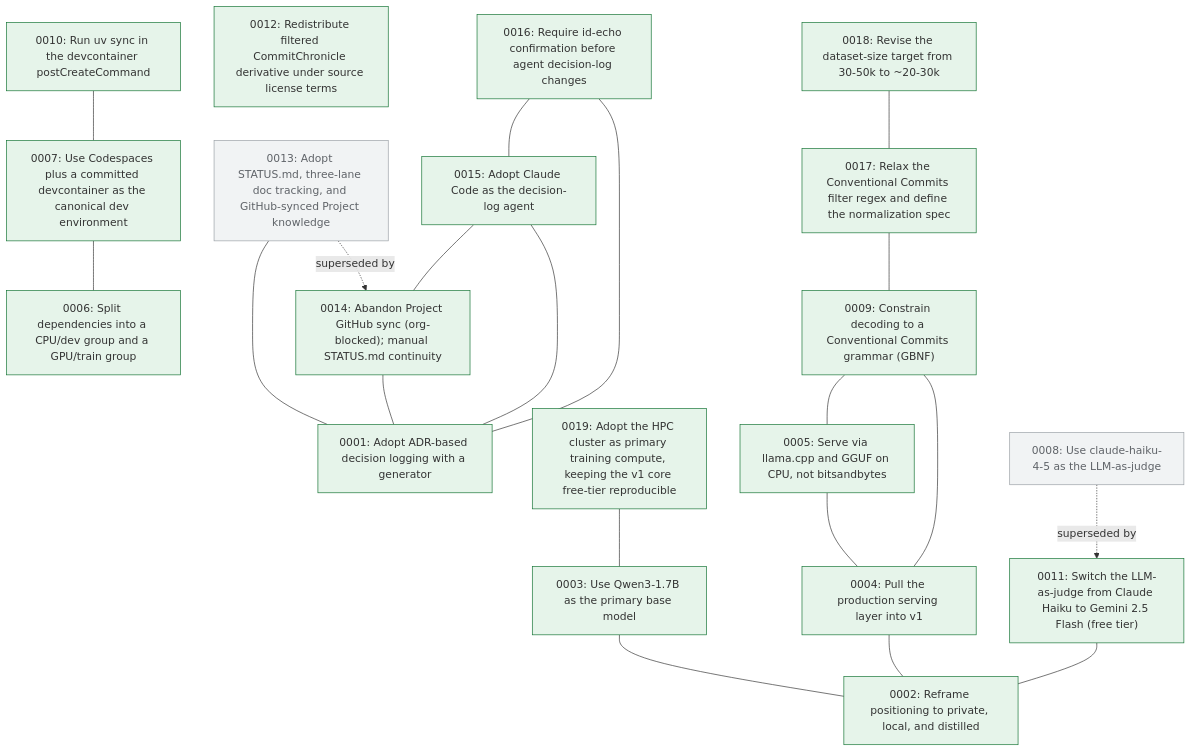
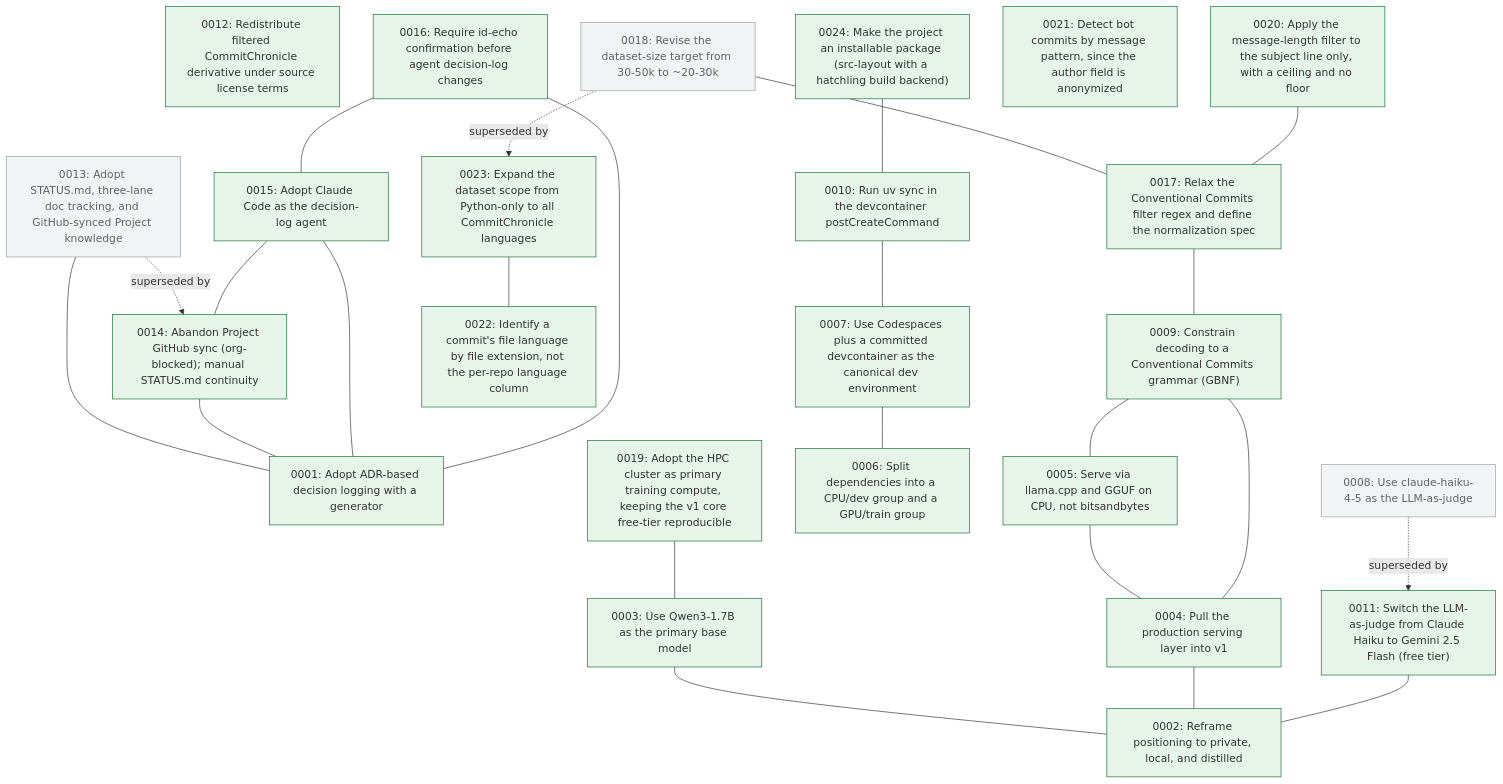
One commit to marzoukbaig14/Committed changed the diagram in docs/decision-tree.md. Above: the diagram before and after it, drawn with Mermaid. The commit also changed 11 other files, not shown here.

Commit message:
docs: log ADRs 0020-0024; supersede 0018 size target

````diff
--- a/docs/decision-tree.md
+++ b/docs/decision-tree.md
@@ -5,45 +5,54 @@
 ```mermaid
 graph TD
   n0001["0001: Adopt ADR-based decision logging with a generator"]:::accepted
   n0002["0002: Reframe positioning to private, local, and distilled"]:::accepted
   n0003["0003: Use Qwen3-1.7B as the primary base model"]:::accepted
   n0004["0004: Pull the production serving layer into v1"]:::accepted
   n0005["0005: Serve via llama.cpp and GGUF on CPU, not bitsandbytes"]:::accepted
   n0006["0006: Split dependencies into a CPU/dev group and a GPU/train group"]:::accepted
   n0007["0007: Use Codespaces plus a committed devcontainer as the canonical dev environment"]:::accepted
   n0008["0008: Use claude-haiku-4-5 as the LLM-as-judge"]:::superseded
   n0009["0009: Constrain decoding to a Conventional Commits grammar (GBNF)"]:::accepted
   n0010["0010: Run uv sync in the devcontainer postCreateCommand"]:::accepted
   n0011["0011: Switch the LLM-as-judge from Claude Haiku to Gemini 2.5 Flash (free tier)"]:::accepted
   n0012["0012: Redistribute filtered CommitChronicle derivative under source license terms"]:::accepted
   n0013["0013: Adopt STATUS.md, three-lane doc tracking, and GitHub-synced Project knowledge"]:::superseded
   n0014["0014: Abandon Project GitHub sync (org-blocked); manual STATUS.md continuity"]:::accepted
   n0015["0015: Adopt Claude Code as the decision-log agent"]:::accepted
   n0016["0016: Require id-echo confirmation before agent decision-log changes"]:::accepted
   n0017["0017: Relax the Conventional Commits filter regex and define the normalization spec"]:::accepted
-  n0018["0018: Revise the dataset-size target from 30-50k to ~20-30k"]:::accepted
+  n0018["0018: Revise the dataset-size target from 30-50k to ~20-30k"]:::superseded
   n0019["0019: Adopt the HPC cluster as primary training compute, keeping the v1 core free-tier reproducible"]:::accepted
+  n0020["0020: Apply the message-length filter to the subject line only, with a ceiling and no floor"]:::accepted
+  n0021["0021: Detect bot commits by message pattern, since the author field is anonymized"]:::accepted
+  n0022["0022: Identify a commit's file language by file extension, not the per-repo language column"]:::accepted
+  n0023["0023: Expand the dataset scope from Python-only to all CommitChronicle languages"]:::accepted
+  n0024["0024: Make the project an installable package (src-layout with a hatchling build backend)"]:::accepted
   n0003 --- n0002
   n0004 --- n0002
   n0005 --- n0004
   n0007 --- n0006
   n0009 --- n0004
   n0009 --- n0005
   n0010 --- n0007
   n0008 -. superseded by .-> n0011
   n0011 --- n0002
   n0013 --- n0001
   n0013 -. superseded by .-> n0014
   n0014 --- n0001
   n0015 --- n0001
   n0015 --- n0014
   n0016 --- n0001
   n0016 --- n0015
   n0017 --- n0009
   n0018 --- n0017
   n0019 --- n0003
+  n0020 --- n0017
+  n0018 -. superseded by .-> n0023
+  n0023 --- n0022
+  n0024 --- n0010
   classDef proposed fill:#fff7e6,stroke:#d4a017;
   classDef accepted fill:#e6f4ea,stroke:#137333;
   classDef superseded fill:#f1f3f4,stroke:#9aa0a6,color:#5f6368;
   classDef deprecated fill:#fce8e6,stroke:#c5221f,color:#5f6368;
 ```
````
